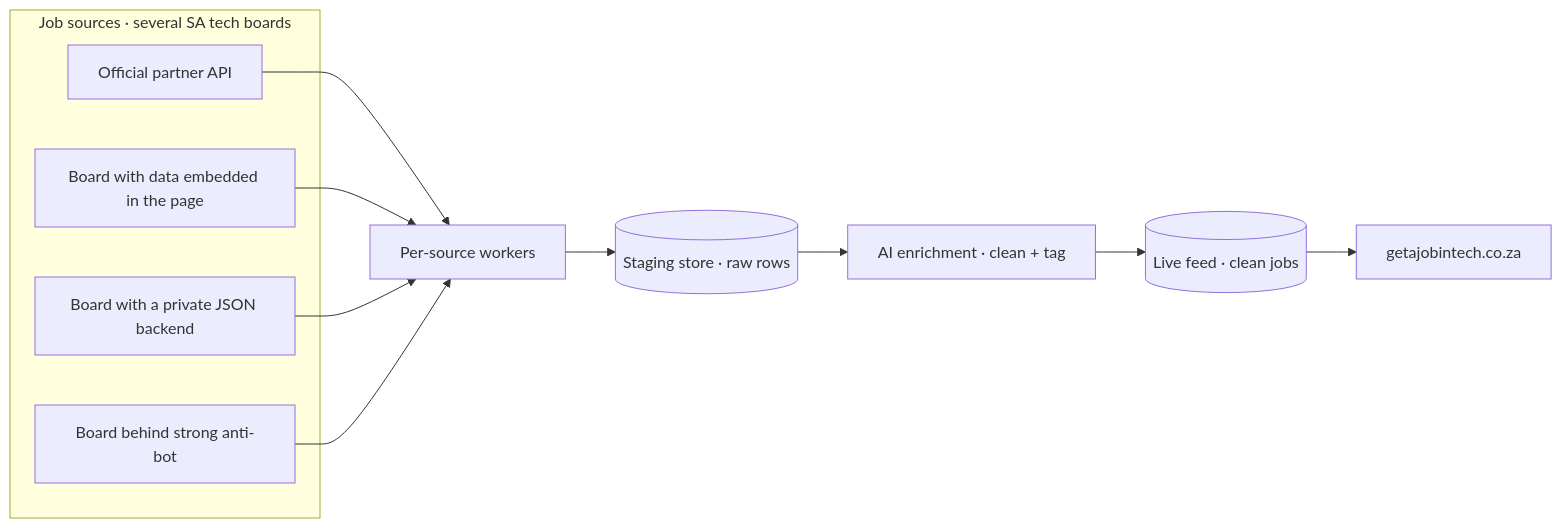
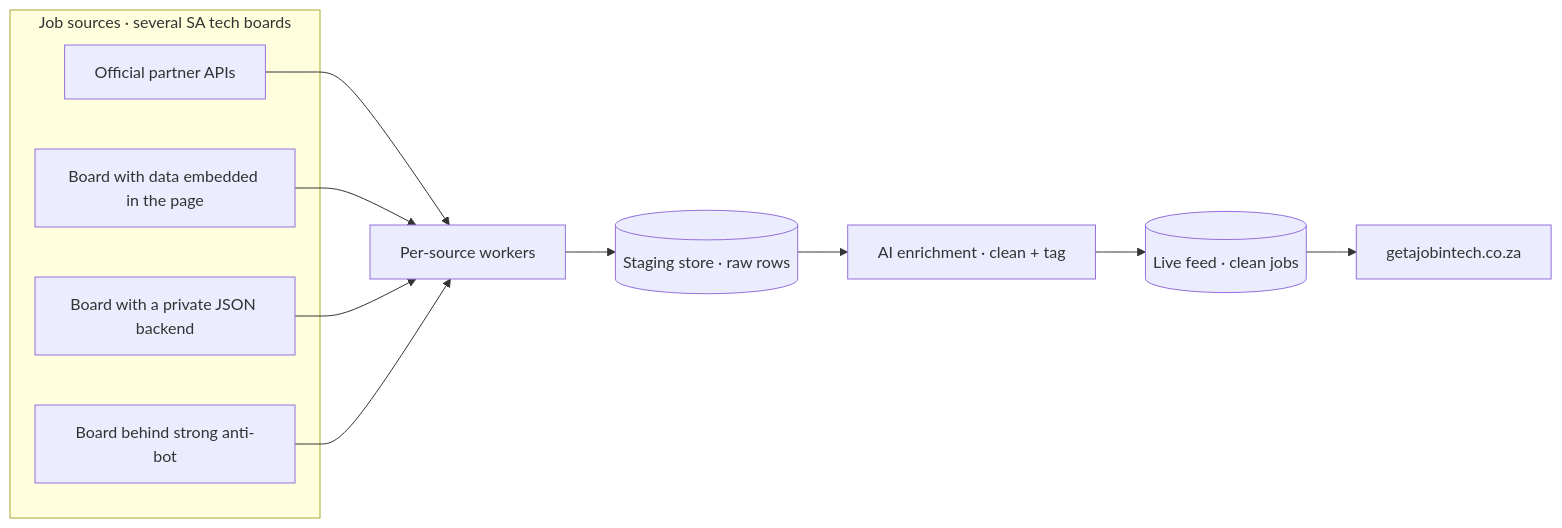
The first of 6 diagrams in README.md (jesscancode/tech-job-scraper-case-study), drawn with Mermaid before and after one commit. The commit also changed other lines of this file, not shown here.

````diff
--- a/README.md
+++ b/README.md
@@ -50,19 +49,19 @@
 ```mermaid
 flowchart LR
   subgraph SRC["Job sources · several SA tech boards"]
-    S1["Official partner API"]
+    S1["Official partner APIs"]
     S2["Board with data embedded in the page"]
     S3["Board with a private JSON backend"]
     S4["Board behind strong anti-bot"]
   end
   ING["Per-source workers"]
   STG[("Staging store · raw rows")]
   ENR["AI enrichment · clean + tag"]
   LIVE[("Live feed · clean jobs")]
   WEB["getajobintech.co.za"]
   S1 --> ING
   S2 --> ING
   S3 --> ING
   S4 --> ING
   ING --> STG --> ENR --> LIVE --> WEB
 ```
````
